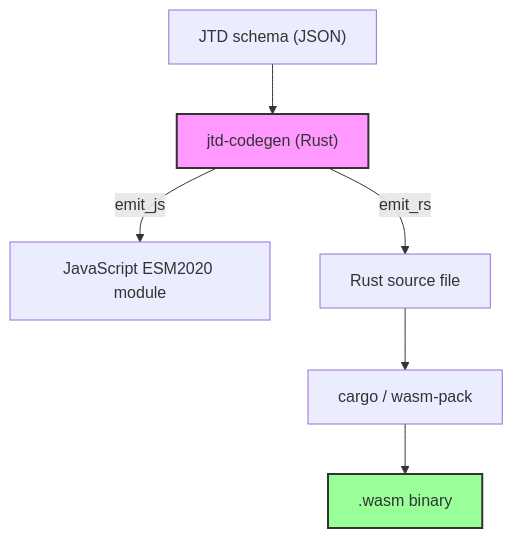
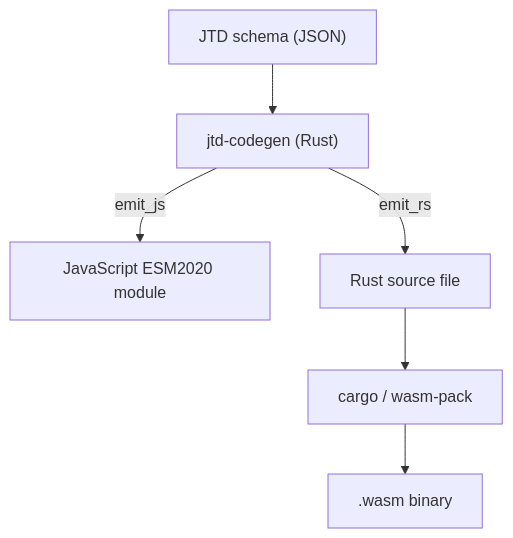
One commit to simbo1905/jtd-wasm changed the diagram in README.md. Above: the diagram before and after it, drawn with Mermaid. The commit also changed other lines of this file and 8 other files, not shown here.

````diff
--- a/README.md
+++ b/README.md
@@ -19,11 +19,8 @@
 ```mermaid
 flowchart TD
     A["JTD schema (JSON)"] --> B["jtd-codegen (Rust)"]
     B --> |emit_js| C["JavaScript ESM2020 module"]
     B --> |emit_rs| D["Rust source file"]
     D --> E["cargo / wasm-pack"]
     E --> F[".wasm binary"]
-    
-    style B fill:#f9f,stroke:#333,stroke-width:2px
-    style F fill:#9f9,stroke:#333,stroke-width:2px
 ```
````
